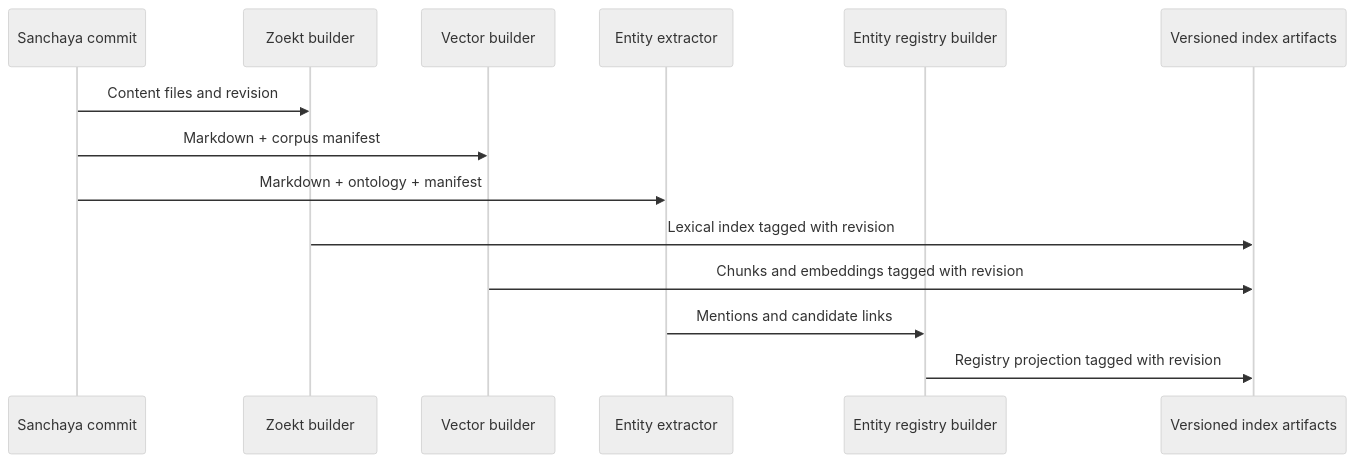
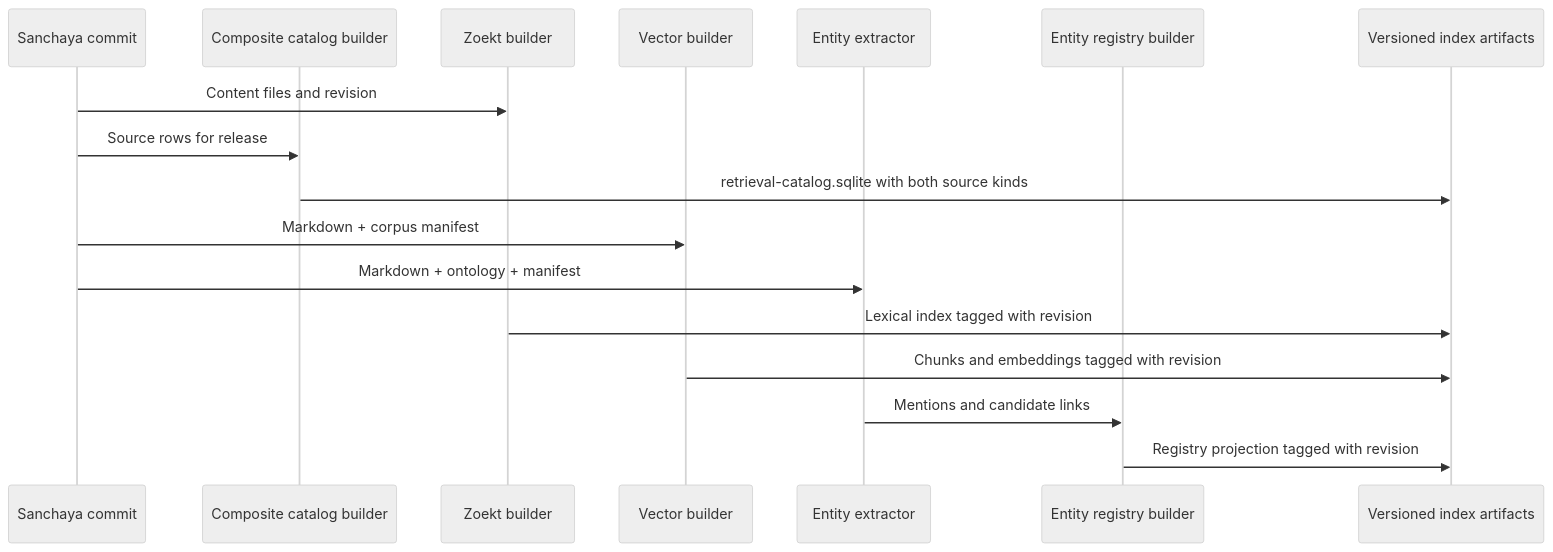
Before and after one commit to suchakr/patra-darpan: the second of 6 diagrams in docs/iscls/architecture.md, drawn with Mermaid (neutral theme). The commit also changed other lines of this file and 30 other files, not shown here.

Commit message:
feat(retrieval): add release and MCP deployment

````diff
--- a/docs/iscls/architecture.md
+++ b/docs/iscls/architecture.md
@@ -319,17 +331,20 @@
 ```mermaid
 sequenceDiagram
     participant S as Sanchaya commit
+    participant C as Composite catalog builder
     participant Z as Zoekt builder
     participant V as Vector builder
     participant E as Entity extractor
     participant R as Entity registry builder
     participant A as Versioned index artifacts
 
     S->>Z: Content files and revision
+    S->>C: Source rows for release
+    C->>A: retrieval-catalog.sqlite with both source kinds
     S->>V: Markdown + corpus manifest
     S->>E: Markdown + ontology + manifest
     Z->>A: Lexical index tagged with revision
     V->>A: Chunks and embeddings tagged with revision
     E->>R: Mentions and candidate links
     R->>A: Registry projection tagged with revision
 ```
````
